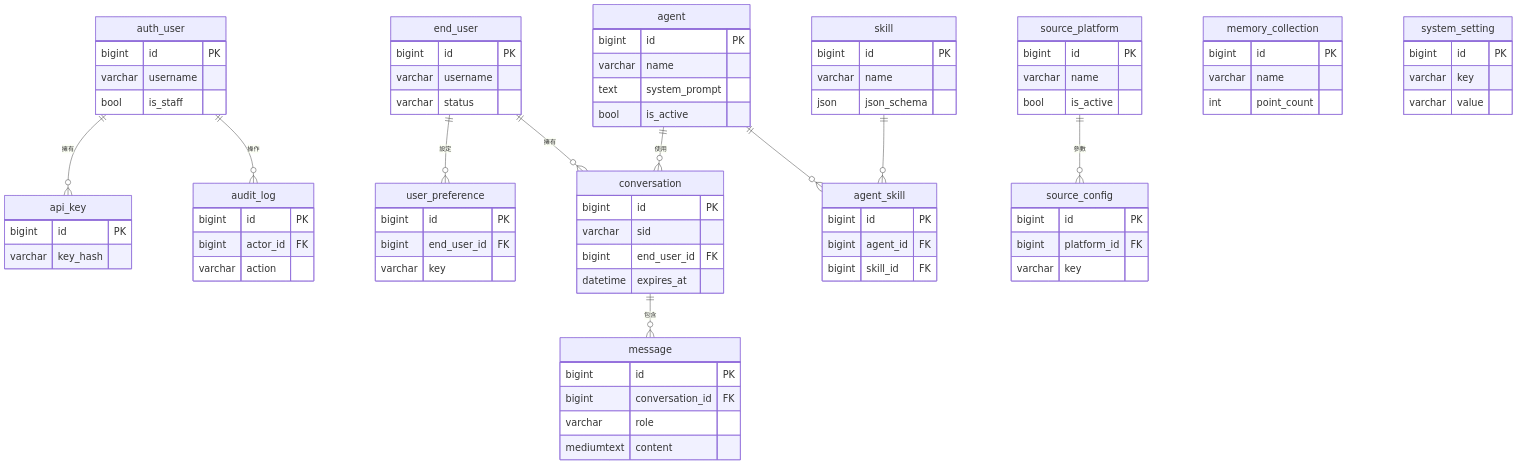
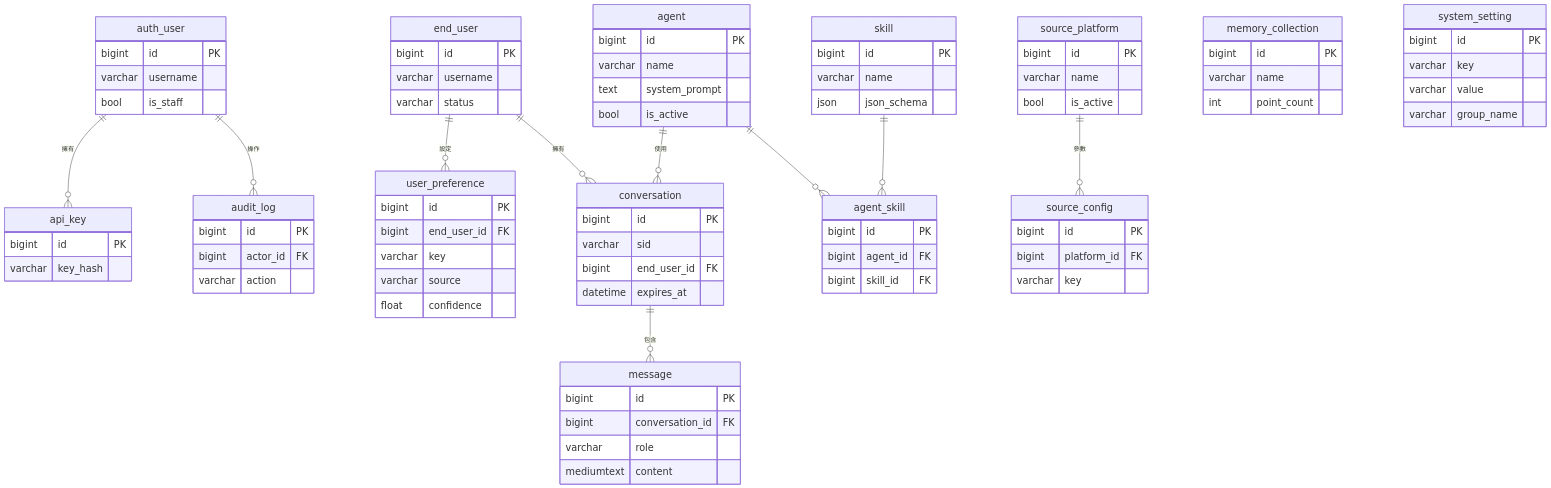
One commit to larryshu/SEIQA changed the diagram in docs/admin_backend_spec.md. Above: the diagram before and after it, drawn with Mermaid. The commit also changed other lines of this file and 9 other files, not shown here.

First line of the commit message:
feat(chart): 立場分佈圖落地 MySQL 並可還原；順帶收掉 Dcard 孤兒 Chrome

```diff
--- a/docs/admin_backend_spec.md
+++ b/docs/admin_backend_spec.md
@@ -184,11 +195,14 @@
         bigint id PK
         varchar key
         varchar value
+        varchar group_name
     }
     user_preference {
         bigint id PK
         bigint end_user_id FK
         varchar key
+        varchar source
+        float confidence
     }
     api_key {
         bigint id PK
```
